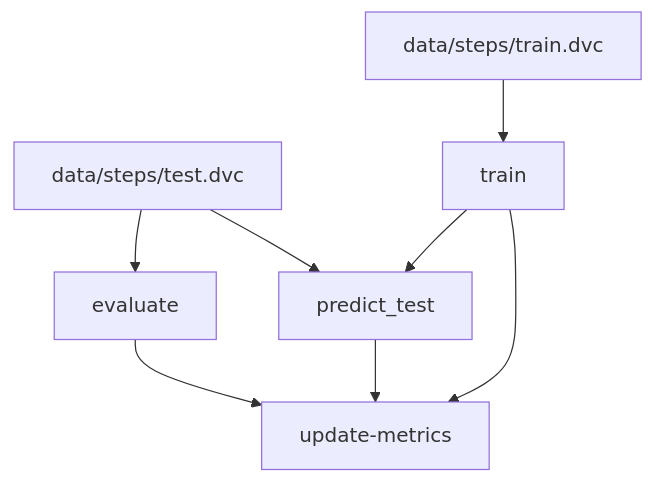
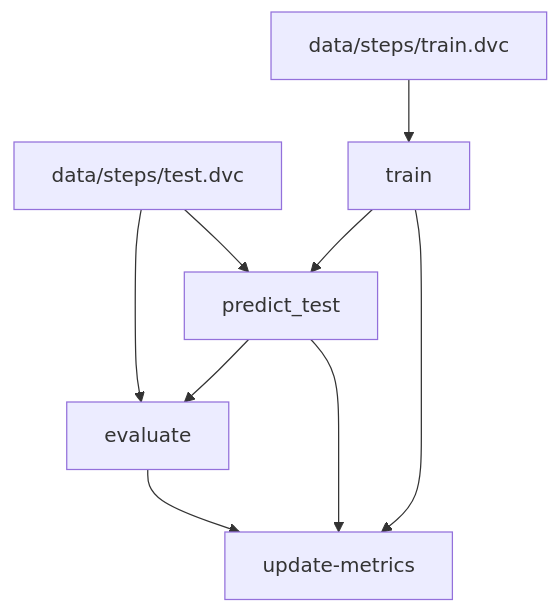
One commit to akucia/step-counter changed the diagram in README.md. Above: the diagram before and after it, drawn with Mermaid. The commit also changed other lines of this file and 2 other files, not shown here.

````diff
--- a/README.md
+++ b/README.md
@@ -15,16 +15,17 @@
 ```mermaid
 flowchart TD
 	node1["data/steps/test.dvc"]
 	node2["data/steps/train.dvc"]
 	node3["evaluate"]
 	node4["predict_test"]
 	node5["train"]
 	node6["update-metrics"]
 	node1-->node3
 	node1-->node4
 	node2-->node5
 	node3-->node6
+	node4-->node3
 	node4-->node6
 	node5-->node4
 	node5-->node6
 ```
````
